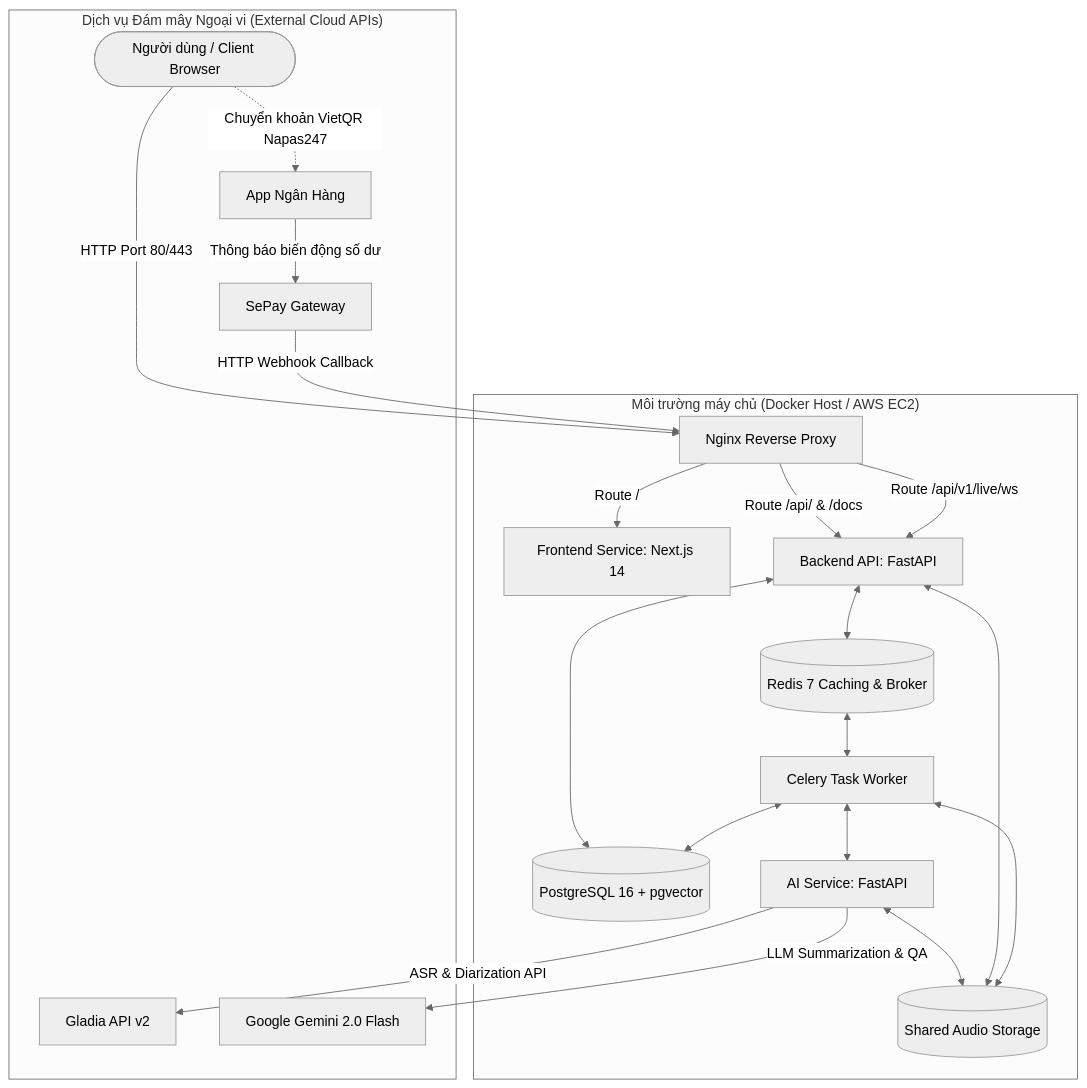
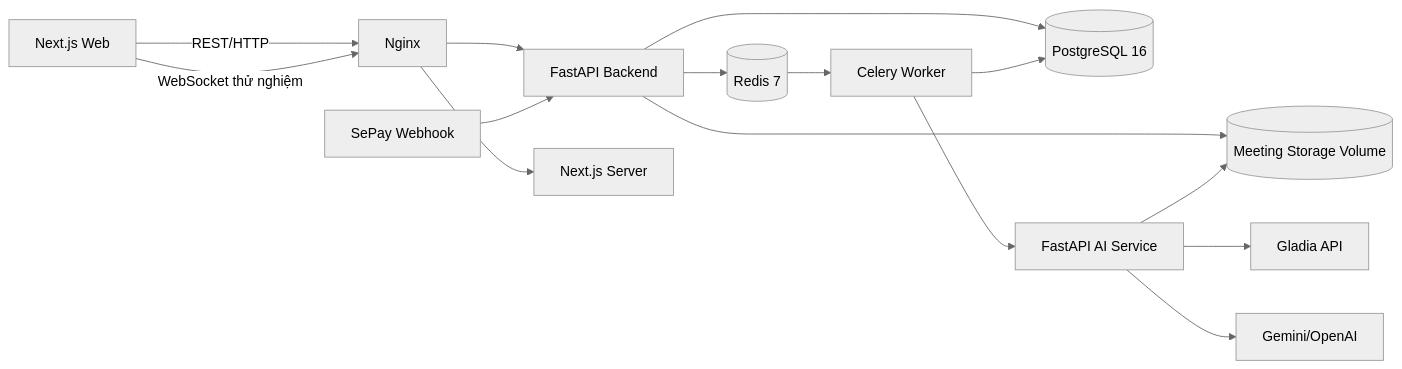
One commit to plxgplxgplxg/meeting-voice-assistant changed the diagram in docs/01-requirements/srs.md. Above: the diagram before and after it, drawn with Mermaid (neutral theme). The commit also changed other lines of this file and 177 other files, not shown here.

````diff
--- a/docs/01-requirements/srs.md
+++ b/docs/01-requirements/srs.md
@@ -64,29 +50,17 @@
 ```mermaid
-graph TD
-    User([Người dùng / Client Browser]) -->|HTTP Port 80/443| Nginx[Nginx Reverse Proxy]
-    
-    subgraph "Môi trường máy chủ (Docker Host / AWS EC2)"
-        Nginx -->|Route / | Frontend[Frontend Service: Next.js 14]
-        Nginx -->|Route /api/ & /docs| BackendAPI[Backend API: FastAPI]
-        Nginx -->|Route /api/v1/live/ws| BackendAPI
-        
-        BackendAPI <--> DB[(PostgreSQL 16 + pgvector)]
-        BackendAPI <--> Redis[(Redis 7 Caching & Broker)]
-        
-        Redis <--> CeleryWorker[Celery Task Worker]
-        CeleryWorker <--> AIService[AI Service: FastAPI]
-        CeleryWorker <--> DB
-        
-        AIService <--> SharedVol[(Shared Audio Storage)]
-        BackendAPI <--> SharedVol
-        CeleryWorker <--> SharedVol
-    end
-
-    subgraph "Dịch vụ Đám mây Ngoại vi (External Cloud APIs)"
-        AIService -->|ASR & Diarization API| GladiaCloud[Gladia API v2]
-        AIService -->|LLM Summarization & QA| GeminiCloud[Google Gemini 2.0 Flash]
-        User -.->|Chuyển khoản VietQR Napas247| BankApp[App Ngân Hàng]
-        BankApp -->|Thông báo biến động số dư| SePayGateway[SePay Gateway]
-        SePayGateway -->|HTTP Webhook Callback| Nginx
-    end
+flowchart LR
+    Browser[Next.js Web] -->|REST/HTTP| Nginx[Nginx]
+    Browser -->|WebSocket thử nghiệm| Nginx
+    Nginx --> API[FastAPI Backend]
+    Nginx --> Web[Next.js Server]
+    API --> PG[(PostgreSQL 16)]
+    API --> Redis[(Redis 7)]
+    Redis --> Worker[Celery Worker]
+    Worker --> AI[FastAPI AI Service]
+    Worker --> PG
+    API --> Volume[(Meeting Storage Volume)]
+    AI --> Volume
+    AI --> Gladia[Gladia API]
+    AI --> LLM[Gemini/OpenAI]
+    SePay[SePay Webhook] --> API
 ```
````
